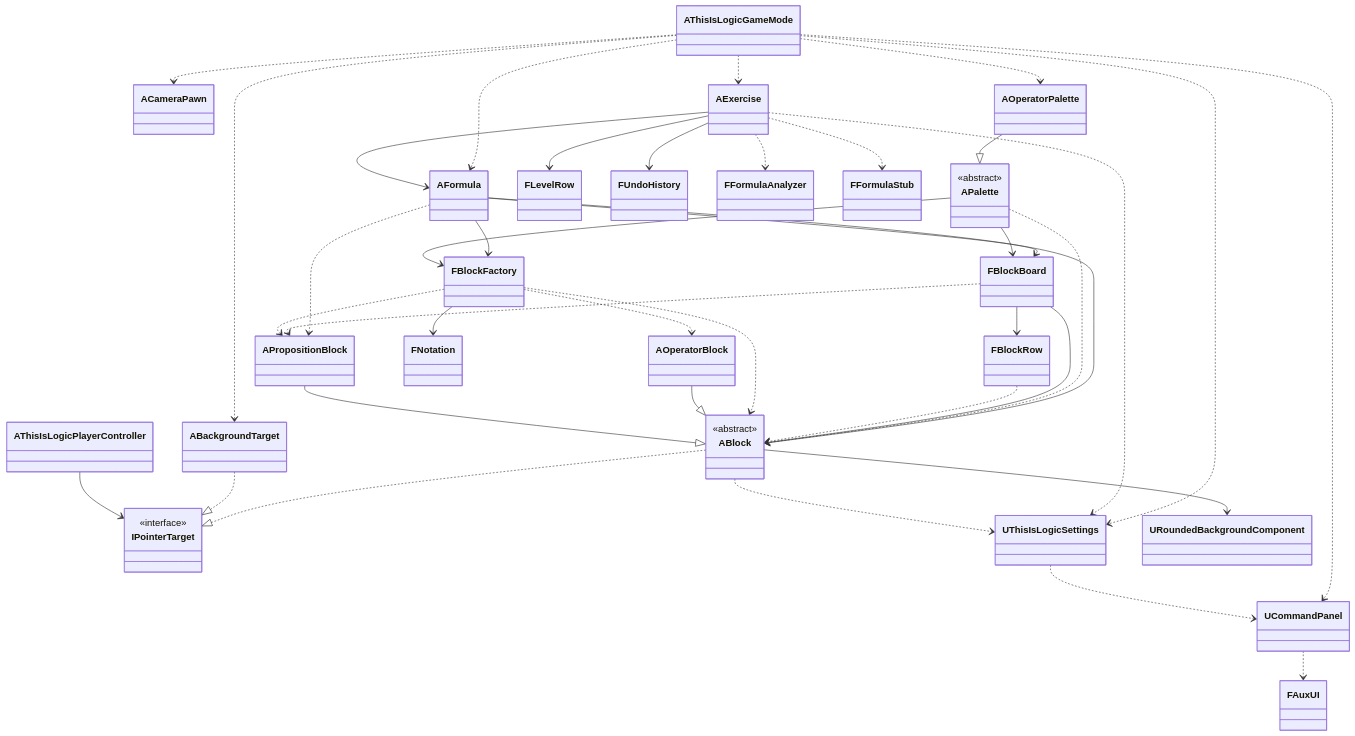
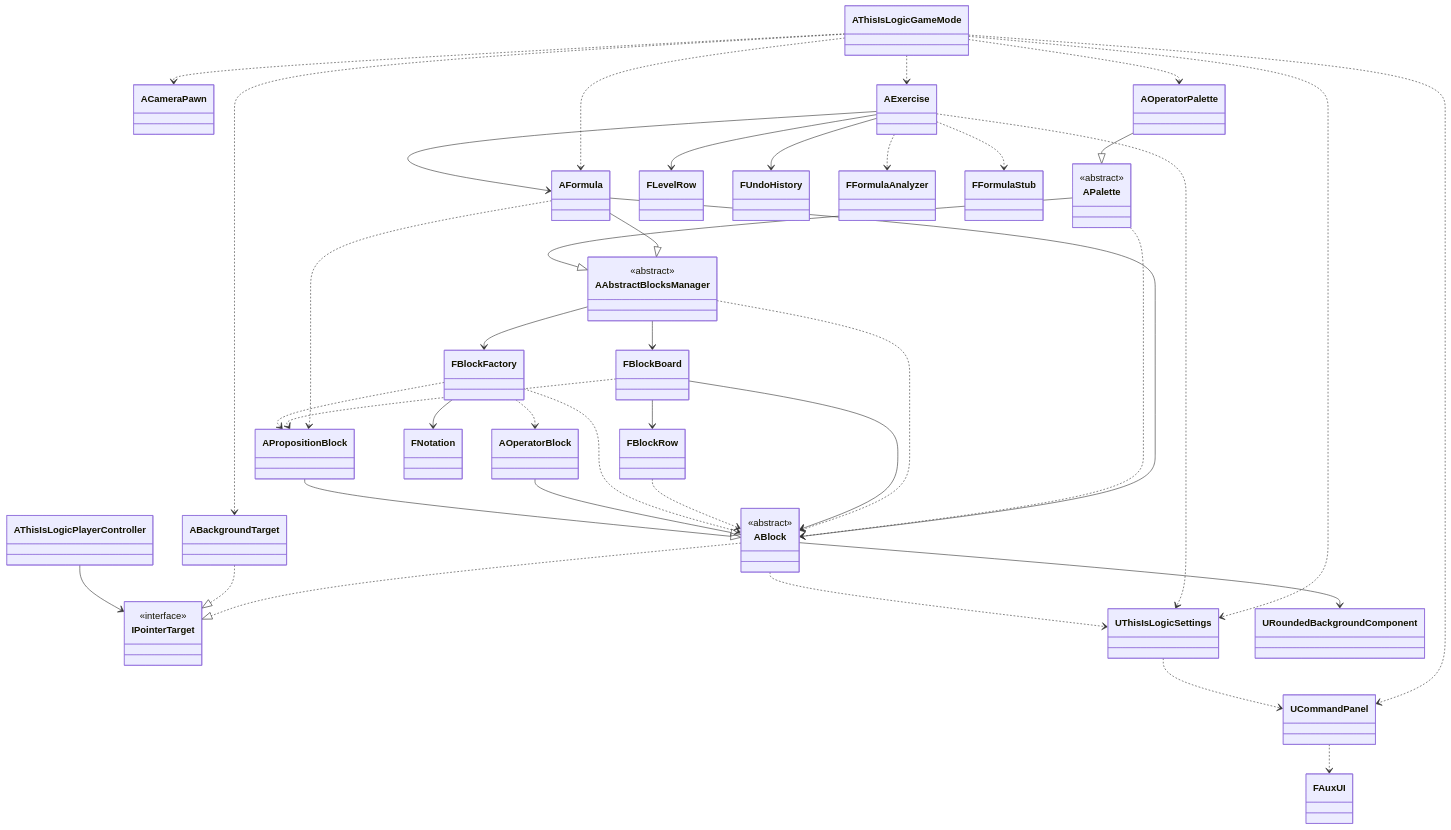
One commit to expn-pi/ThisIsLogic changed the diagram in README.md. Above: the diagram before and after it, drawn with Mermaid. The commit also changed other lines of this file and 15 other files, not shown here.

````diff
--- a/README.md
+++ b/README.md
@@ -85,59 +86,64 @@
 ```mermaid
 classDiagram
     class IPointerTarget {
         <<interface>>
     }
     class ABlock {
+        <<abstract>>
+    }
+    class AAbstractBlocksManager {
         <<abstract>>
     }
     class APalette {
         <<abstract>>
     }
 
     AThisIsLogicGameMode ..> ACameraPawn
     AThisIsLogicGameMode ..> AFormula
     AThisIsLogicGameMode ..> ABackgroundTarget
     AThisIsLogicGameMode ..> AExercise
     AThisIsLogicGameMode ..> UCommandPanel
     AThisIsLogicGameMode ..> AOperatorPalette
     AThisIsLogicGameMode ..> UThisIsLogicSettings
 
     AExercise --> AFormula
     AExercise --> FLevelRow
     AExercise --> FUndoHistory
     AExercise ..> FFormulaAnalyzer
     AExercise ..> FFormulaStub
     AExercise ..> UThisIsLogicSettings
 
-    AFormula --> FBlockBoard
-    AFormula --> FBlockFactory
+    AFormula --|> AAbstractBlocksManager
     AFormula --> ABlock
     AFormula ..> APropositionBlock
 
     AOperatorPalette --|> APalette
-    APalette --> FBlockBoard
-    APalette --> FBlockFactory
+    APalette --|> AAbstractBlocksManager
     APalette ..> ABlock
+
+    AAbstractBlocksManager --> FBlockBoard
+    AAbstractBlocksManager --> FBlockFactory
+    AAbstractBlocksManager ..> ABlock
 
     FBlockBoard --> FBlockRow
     FBlockBoard --> ABlock
     FBlockBoard ..> APropositionBlock
     FBlockRow ..> ABlock
 
     FBlockFactory --> FNotation
     FBlockFactory ..> ABlock
     FBlockFactory ..> AOperatorBlock
     FBlockFactory ..> APropositionBlock
 
     AOperatorBlock --|> ABlock
     APropositionBlock --|> ABlock
     ABlock ..|> IPointerTarget
     ABlock --> URoundedBackgroundComponent
     ABlock ..> UThisIsLogicSettings
 
     ABackgroundTarget ..|> IPointerTarget
     AThisIsLogicPlayerController --> IPointerTarget
 
     UThisIsLogicSettings ..> UCommandPanel
     UCommandPanel ..> FAuxUI
 ```
````
